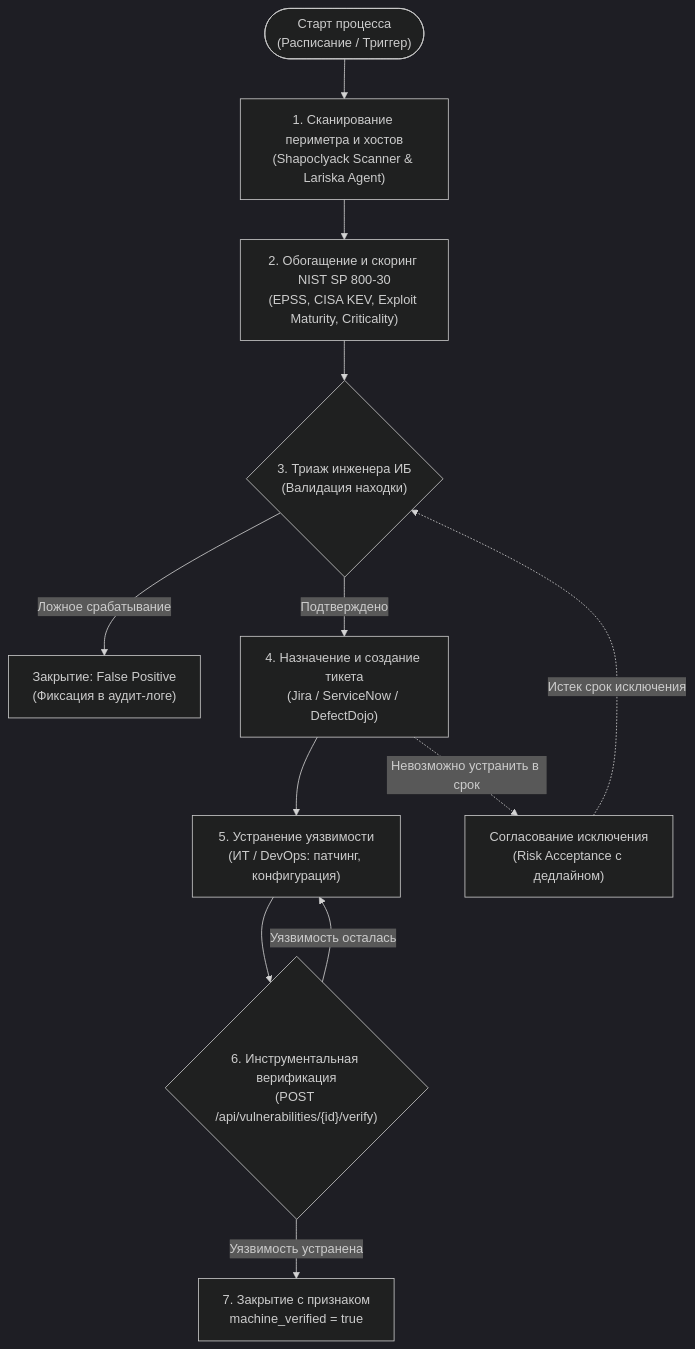
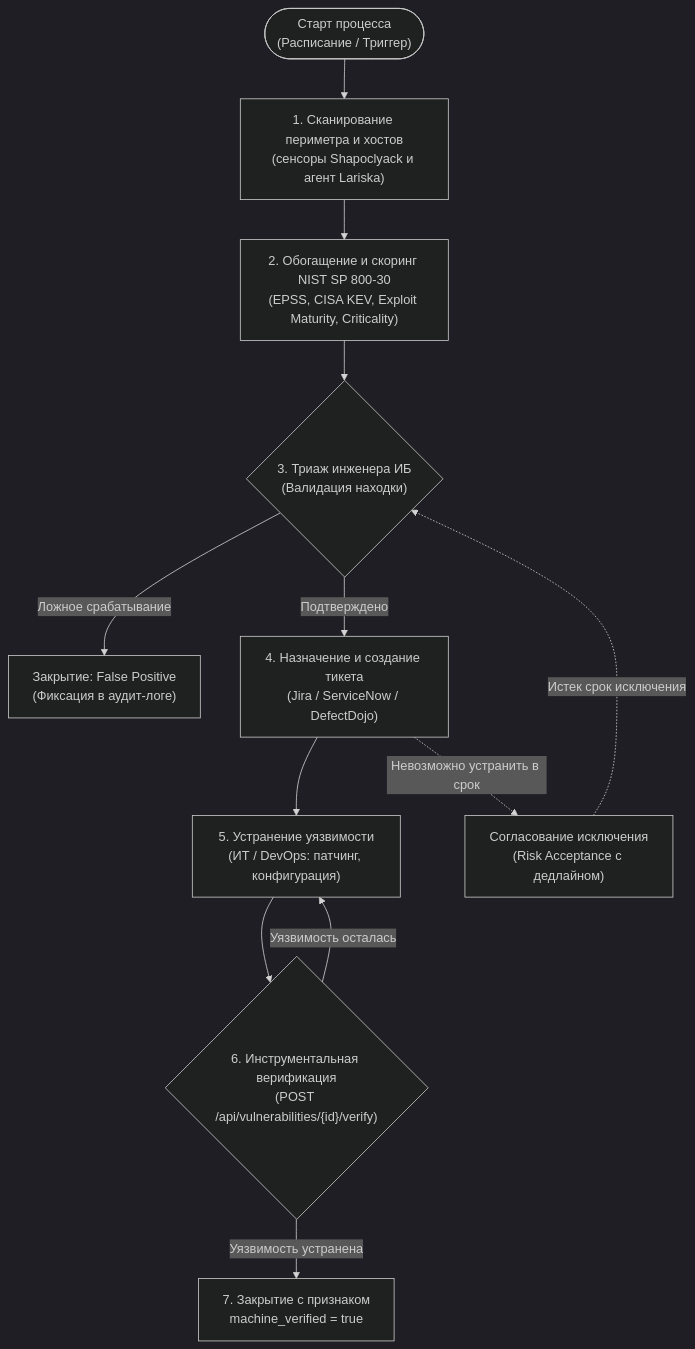
The first of 3 diagrams in docs/wiki/security-processes.md (onixus/Shapoclyack), drawn with Mermaid (dark theme) before and after one commit. The commit also changed other lines of this file and 31 other files, not shown here.

First line of the commit message:
docs: sensors are what scan, the Agent is Lariska

````diff
--- a/docs/wiki/security-processes.md
+++ b/docs/wiki/security-processes.md
@@ -15,18 +15,18 @@
 ```mermaid
 flowchart TD
-    Start(["Старт процесса<br/>(Расписание / Триггер)"]) --> Scan["1. Сканирование периметра и хостов<br/>(Shapoclyack Scanner & Lariska Agent)"]
+    Start(["Старт процесса<br/>(Расписание / Триггер)"]) --> Scan["1. Сканирование периметра и хостов<br/>(сенсоры Shapoclyack и агент Lariska)"]
     Scan --> Enrich["2. Обогащение и скоринг NIST SP 800-30<br/>(EPSS, CISA KEV, Exploit Maturity, Criticality)"]
     Enrich --> Triage{"3. Триаж инженера ИБ<br/>(Валидация находки)"}
     
     Triage -->|Ложное срабатывание| FP["Закрытие: False Positive<br/>(Фиксация в аудит-логе)"]
     Triage -->|Подтверждено| Ticket["4. Назначение и создание тикета<br/>(Jira / ServiceNow / DefectDojo)"]
     
     Ticket --> Fix["5. Устранение уязвимости<br/>(ИТ / DevOps: патчинг, конфигурация)"]
     Fix --> Verify{"6. Инструментальная верификация<br/>(POST /api/vulnerabilities/{id}/verify)"}
     
     Verify -->|Уязвимость осталась| Fix
     Verify -->|Уязвимость устранена| Close["7. Закрытие с признаком<br/>machine_verified = true"]
     
     Ticket -.->|Невозможно устранить в срок| Except["Согласование исключения<br/>(Risk Acceptance с дедлайном)"]
     Except -.->|Истек срок исключения| Triage
 ```
````
